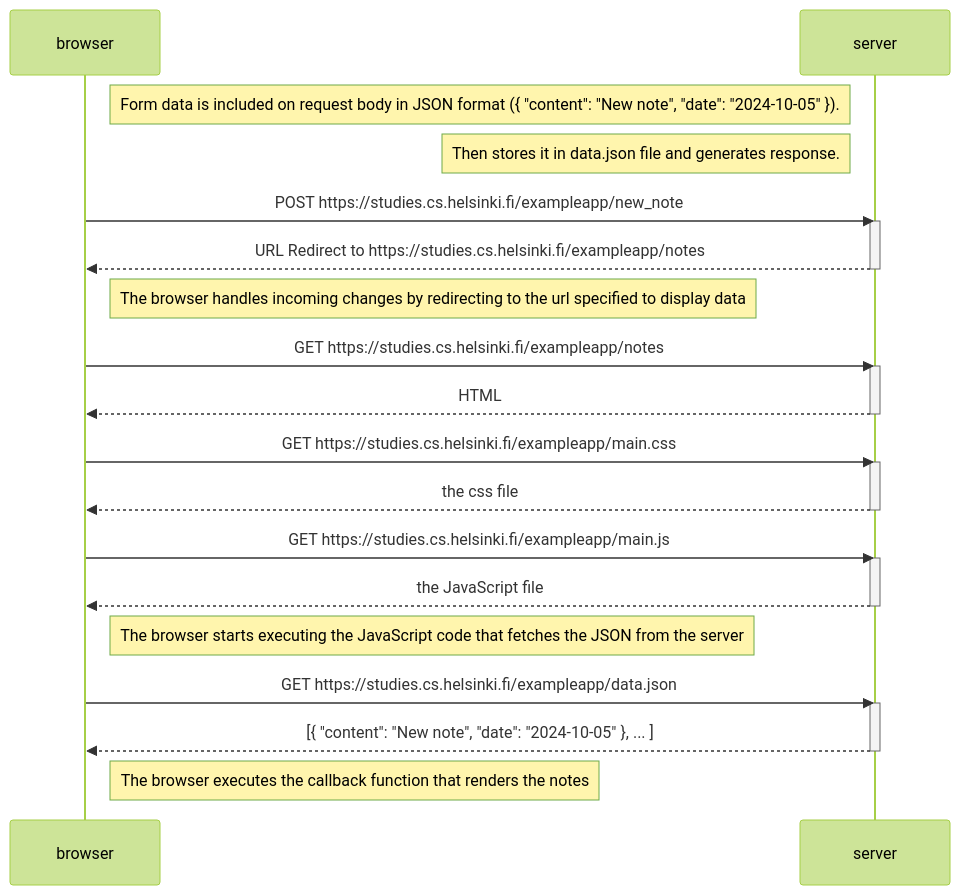
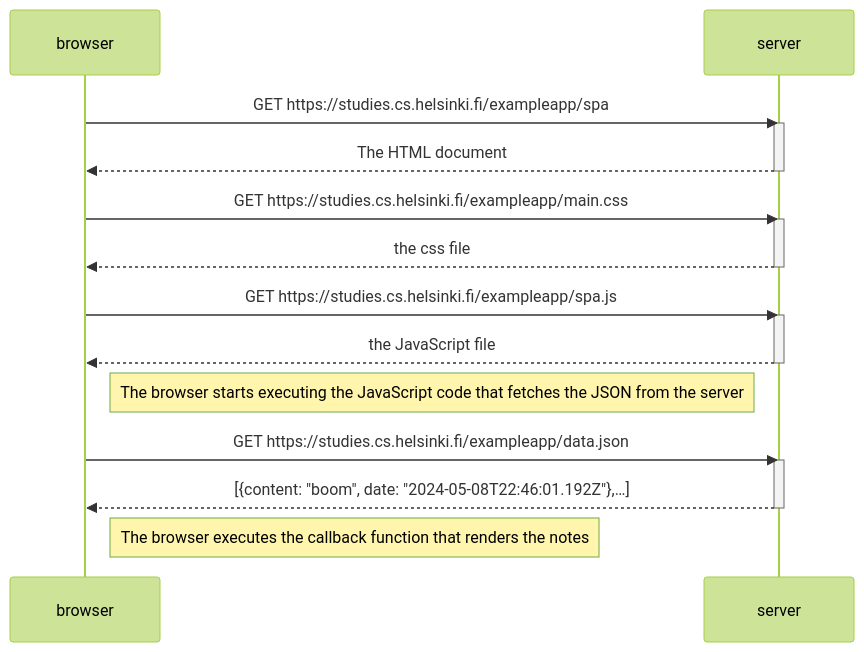
One commit to williford-abunas/fullstackopen changed the diagram in part0/Exercises/0.5-Single page app diagram.md. Above: the diagram before and after it, drawn with Mermaid (forest theme).

Commit message:
Update 0.5-Single page app diagram.md

````diff
--- a/part0/Exercises/0.5-Single page app diagram.md
+++ b/part0/Exercises/0.5-Single page app diagram.md
@@ -2,40 +2,29 @@
 ```mermaid
 sequenceDiagram
     participant browser
     participant server
 
-Note left of server: Form data is included on request body in JSON format ({ "content": "New note", "date": "2024-10-05" }).
-Note left of server: Then stores it in data.json file and generates response.
-
-
-    browser->>server: POST https://studies.cs.helsinki.fi/exampleapp/new_note
+    browser->>server: GET https://studies.cs.helsinki.fi/exampleapp/spa
     activate server
-    server-->>browser: URL Redirect to https://studies.cs.helsinki.fi/exampleapp/notes
-    deactivate server
-
-Note right of browser: The browser handles incoming changes by redirecting to the url specified to display data
-
-    browser->>server: GET https://studies.cs.helsinki.fi/exampleapp/notes
-    activate server
-    server-->>browser: HTML
+    server-->>browser: The HTML document
     deactivate server
 
     browser->>server: GET https://studies.cs.helsinki.fi/exampleapp/main.css
     activate server
     server-->>browser: the css file
     deactivate server
 
-    browser->>server: GET https://studies.cs.helsinki.fi/exampleapp/main.js
+    browser->>server: GET https://studies.cs.helsinki.fi/exampleapp/spa.js
     activate server
     server-->>browser: the JavaScript file
     deactivate server
 
     Note right of browser: The browser starts executing the JavaScript code that fetches the JSON from the server
 
     browser->>server: GET https://studies.cs.helsinki.fi/exampleapp/data.json
     activate server
-    server-->>browser: [{ "content": "New note", "date": "2024-10-05" }, ... ]
+    server-->>browser: [{content: "boom", date: "2024-05-08T22:46:01.192Z"},…]
     deactivate server
 
     Note right of browser: The browser executes the callback function that renders the notes
 ```
````
